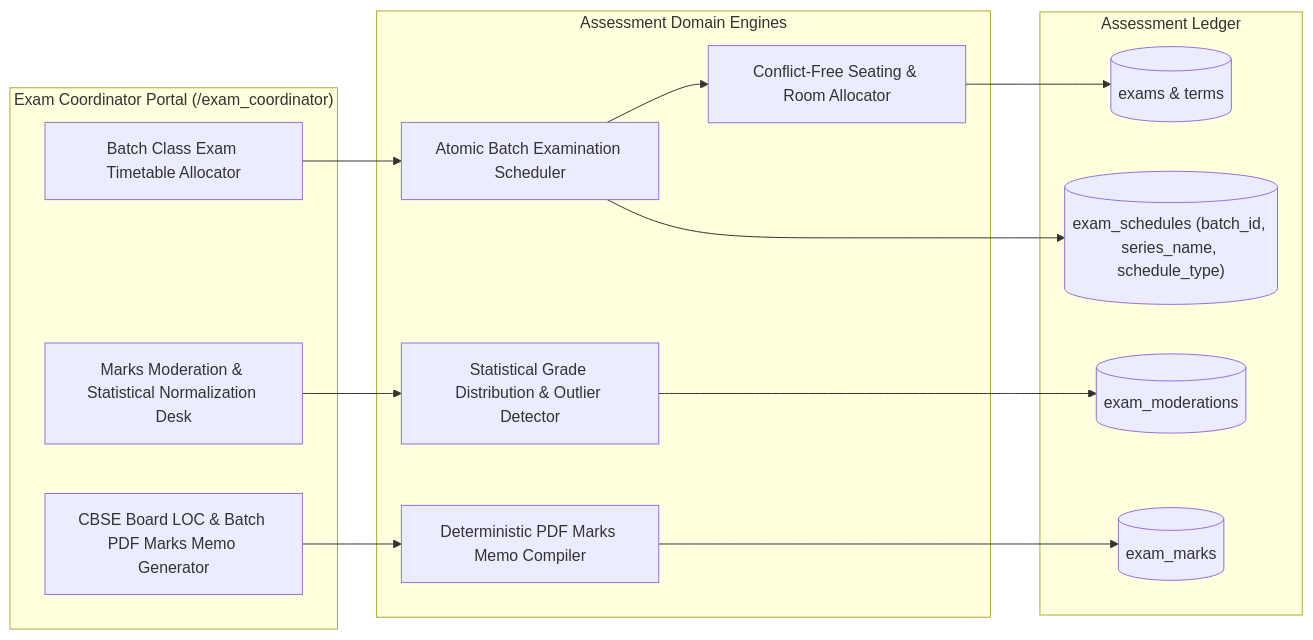
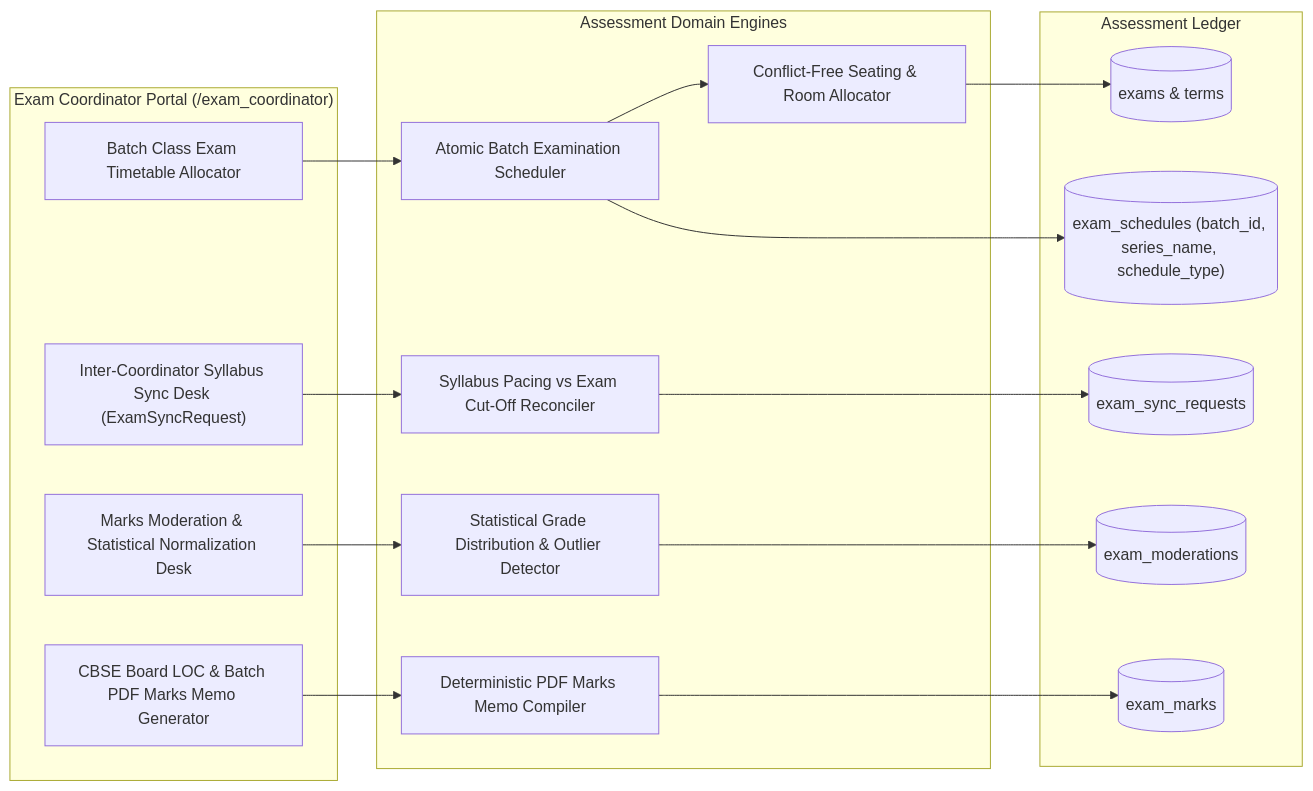
One commit to DiradzProducts/EDU360 changed diagram 11 of 19 in docs/architecture/ROLE_WISE_ARCHITECTURE_AND_WORKFLOWS.md. Above: the diagram before and after it, drawn with Mermaid. The commit also changed other lines of this file and 67 other files, not shown here.

````diff
--- a/docs/architecture/ROLE_WISE_ARCHITECTURE_AND_WORKFLOWS.md
+++ b/docs/architecture/ROLE_WISE_ARCHITECTURE_AND_WORKFLOWS.md
@@ -468,27 +484,31 @@
 ```mermaid
 graph LR
     subgraph ExamDesk ["Exam Coordinator Portal (/exam_coordinator)"]
         UI_BATCH_SCHED["Batch Class Exam Timetable Allocator"]
         UI_MOD_LEDGER["Marks Moderation & Statistical Normalization Desk"]
         UI_LOC_GEN["CBSE Board LOC & Batch PDF Marks Memo Generator"]
+        UI_SYNC_DESK["Inter-Coordinator Syllabus Sync Desk (ExamSyncRequest)"]
     end
 
     subgraph ExamCore ["Assessment Domain Engines"]
         BATCH_SCHED_ENG["Atomic Batch Examination Scheduler"]
         SEATING_ALG["Conflict-Free Seating & Room Allocator"]
         MOD_VALIDATOR["Statistical Grade Distribution & Outlier Detector"]
         PDF_BATCH_ENG["Deterministic PDF Marks Memo Compiler"]
+        INTER_SYNC_ENG["Syllabus Pacing vs Exam Cut-Off Reconciler"]
     end
 
     subgraph ExamData ["Assessment Ledger"]
         DB_EXAMS[("exams & terms")]
         DB_SCHEDS[("exam_schedules (batch_id, series_name, schedule_type)")]
+        DB_EXAM_SYNC[("exam_sync_requests")]
         DB_MOD[("exam_moderations")]
         DB_MARKS[("exam_marks")]
     end
 
     UI_BATCH_SCHED --> BATCH_SCHED_ENG --> DB_SCHEDS
     BATCH_SCHED_ENG --> SEATING_ALG --> DB_EXAMS
+    UI_SYNC_DESK --> INTER_SYNC_ENG --> DB_EXAM_SYNC
     UI_MOD_LEDGER --> MOD_VALIDATOR --> DB_MOD
     UI_LOC_GEN --> PDF_BATCH_ENG --> DB_MARKS
 ```
````
